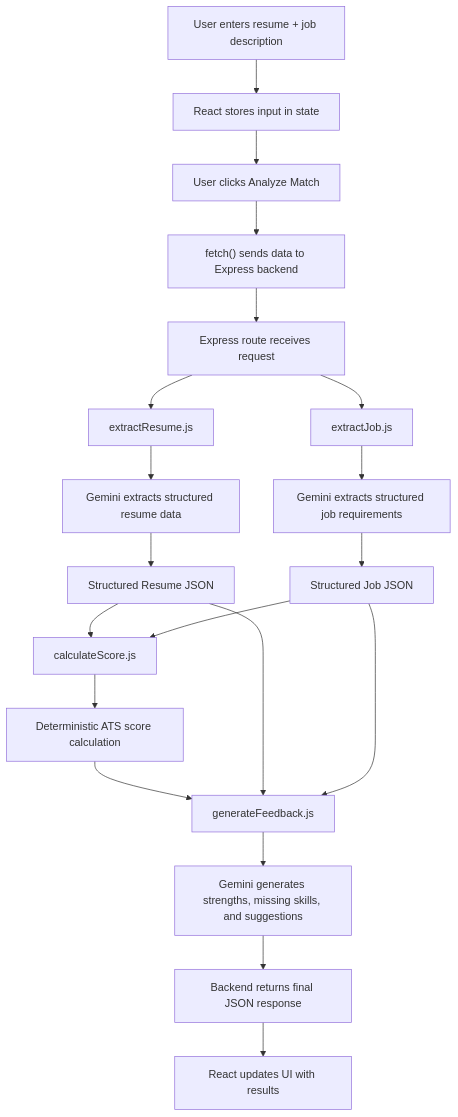
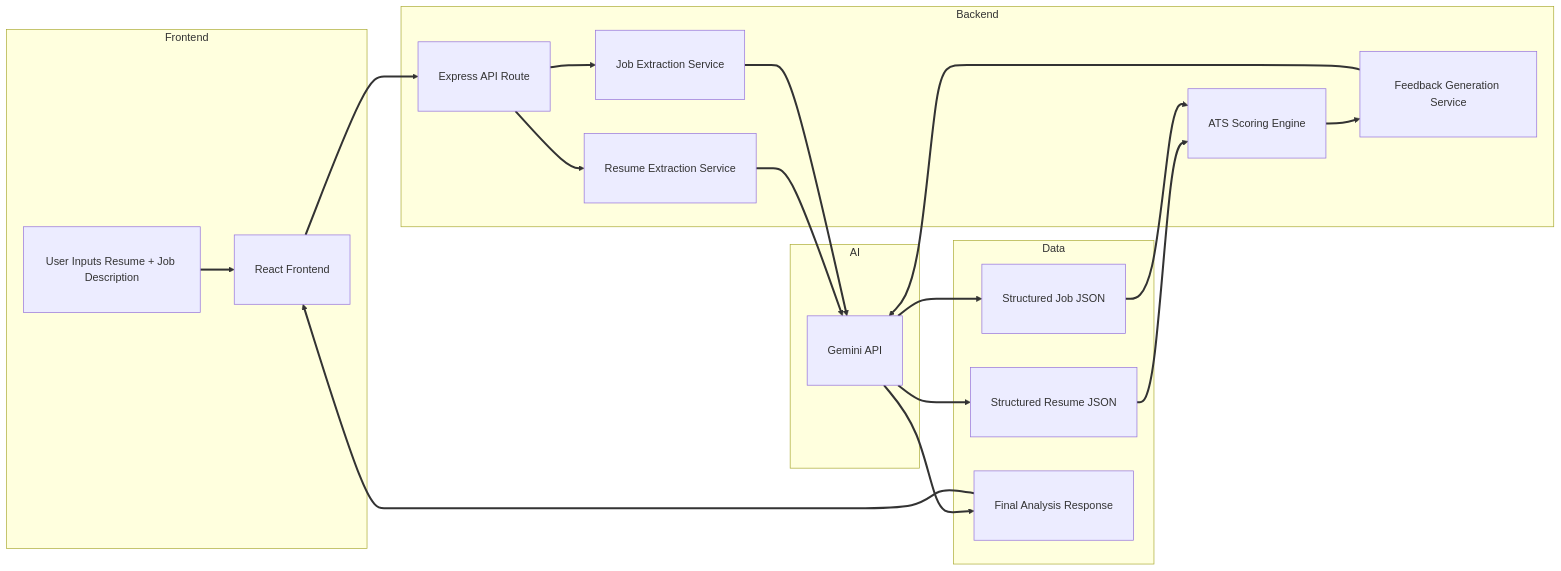
The diagram in README.md (Sam-AI-Solutions/AI-Resume-Matcher), drawn with Mermaid before and after one commit. The commit also changed other lines of this file, not shown here.

````diff
--- a/README.md
+++ b/README.md
@@ -1,37 +3,57 @@
 ```mermaid
-flowchart TD
+flowchart LR
 
-    A["User enters resume + job description"]
-        --> B["React stores input in state"]
+    subgraph Frontend
+        A["User Inputs Resume + Job Description"]
+        B["React Frontend"]
+    end
 
-    B --> C["User clicks Analyze Match"]
+    subgraph Backend
+        C["Express API Route"]
 
-    C --> D["fetch() sends data to Express backend"]
+        D["Resume Extraction Service"]
+        E["Job Extraction Service"]
 
-    D --> E["Express route receives request"]
+        F["ATS Scoring Engine"]
 
-    E --> F["extractResume.js"]
-    E --> G["extractJob.js"]
+        G["Feedback Generation Service"]
+    end
 
-    F --> H["Gemini extracts structured resume data"]
-    G --> I["Gemini extracts structured job requirements"]
+    subgraph AI
+        H["Gemini API"]
+    end
 
-    H --> J["Structured Resume JSON"]
-    I --> K["Structured Job JSON"]
+    subgraph Data
+        I["Structured Resume JSON"]
+        J["Structured Job JSON"]
+        K["Final Analysis Response"]
+    end
 
-    J --> L["calculateScore.js"]
-    K --> L
+    A -->| | B
+    B -->| | C
 
-    L --> M["Deterministic ATS score calculation"]
+    C -->| | D
+    C -->| | E
 
-    M --> N["generateFeedback.js"]
+    D -->| | H
+    E -->| | H
 
-    J --> N
-    K --> N
+    H -->| | I
+    H -->| | J
 
-    N --> O["Gemini generates strengths, missing skills, and suggestions"]
+    I -->| | F
+    J -->| | F
 
-    O --> P["Backend returns final JSON response"]
+    F -->| | G
 
-    P --> Q["React updates UI with results"]
+    G -->| | H
+
+    H -->| | K
+
+    K -->| | B
+
+    linkStyle default stroke-width:3px;
+
+    classDef nodePadding padding:15px;
+    class A,B,C,D,E,F,G,H,I,J,K nodePadding;
 ```
````
